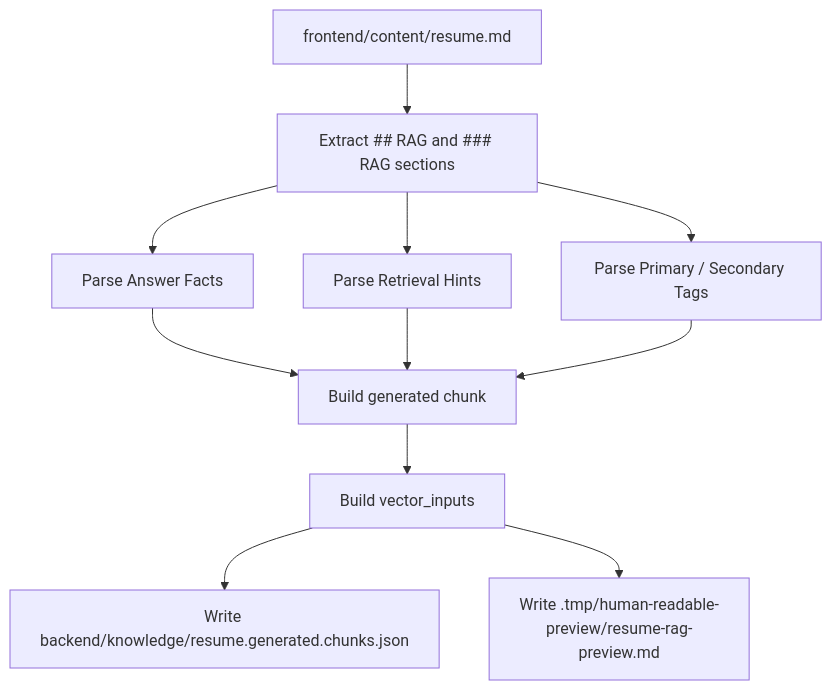
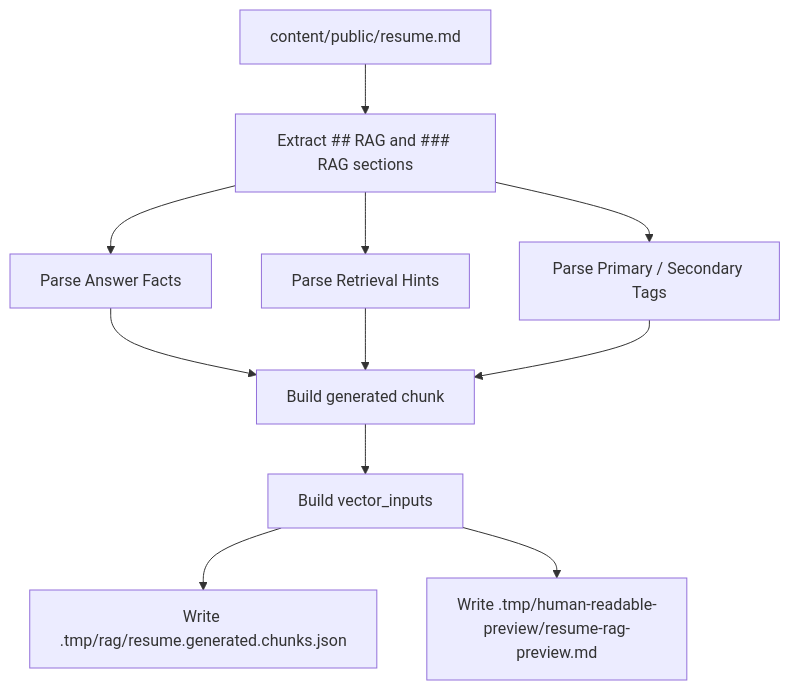
One commit to AlexTymosh/alextym.com changed the diagram in docs/rag-pipeline.md. Above: the diagram before and after it, drawn with Mermaid. The commit also changed other lines of this file and 26 other files, not shown here.

First line of the commit message:
♻️ refactor(rag): unify public resume source pipeline

````diff
--- a/docs/rag-pipeline.md
+++ b/docs/rag-pipeline.md
@@ -76,13 +69,13 @@
 ```mermaid
 flowchart TD
-    A["frontend/content/resume.md"] --> B["Extract ## RAG and ### RAG sections"]
+    A["content/public/resume.md"] --> B["Extract ## RAG and ### RAG sections"]
     B --> C["Parse Answer Facts"]
     B --> D["Parse Retrieval Hints"]
     B --> E["Parse Primary / Secondary Tags"]
     C --> F["Build generated chunk"]
     D --> F
     E --> F
     F --> G["Build vector_inputs"]
-    G --> H["Write backend/knowledge/resume.generated.chunks.json"]
+    G --> H["Write .tmp/rag/resume.generated.chunks.json"]
     G --> I["Write .tmp/human-readable-preview/resume-rag-preview.md"]
 ```
````
